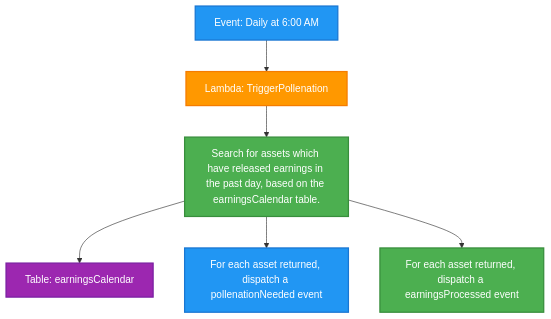
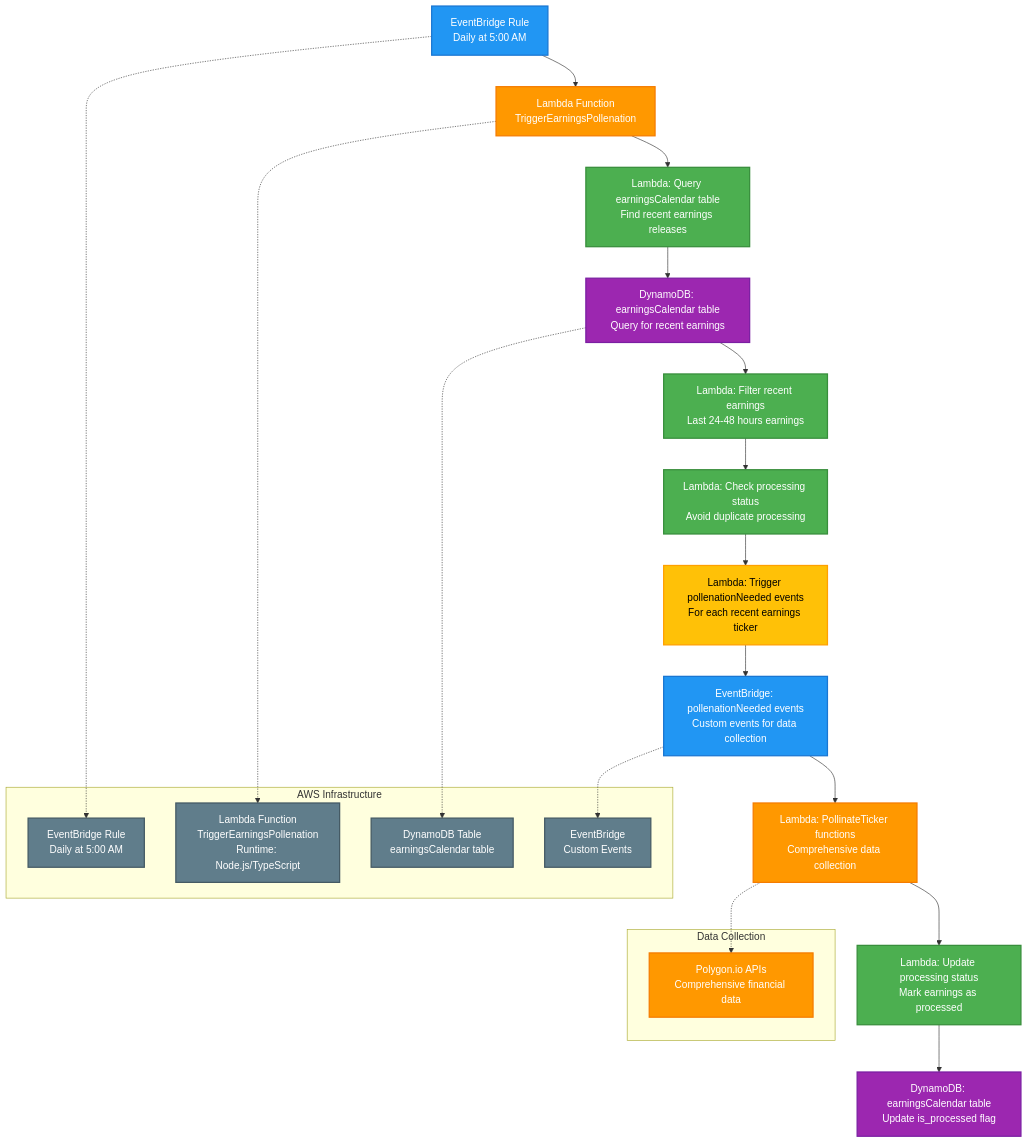
The diagram in ai/brainstorm/diagrams/crons/DailyTriggerEarningsPollenation.md (alto9/signal9-advisor), drawn with Mermaid before and after one commit. The commit also changed other lines of this file and 10 other files, not shown here.

````diff
--- a/ai/brainstorm/diagrams/crons/DailyTriggerEarningsPollenation.md
+++ b/ai/brainstorm/diagrams/crons/DailyTriggerEarningsPollenation.md
@@ -5,15 +5,50 @@
 ```mermaid
 flowchart TD
-    A[Event: Daily at 6:00 AM] --> B[Lambda: TriggerPollenation]
-    B --> C[Search for assets which have released earnings in the past day, based on the earningsCalendar table.]
-    C --> D[Table: earningsCalendar]
-    C --> E[For each asset returned, dispatch a pollenationNeeded event]
-    C --> F[For each asset returned, dispatch a earningsProcessed event]
+    A[EventBridge Rule<br/>Daily at 5:00 AM] --> B[Lambda Function<br/>TriggerEarningsPollenation]
+    B --> C[Lambda: Query earningsCalendar table<br/>Find recent earnings releases]
+    C --> D[DynamoDB: earningsCalendar table<br/>Query for recent earnings]
+    D --> E[Lambda: Filter recent earnings<br/>Last 24-48 hours earnings]
+    E --> F[Lambda: Check processing status<br/>Avoid duplicate processing]
+    F --> G[Lambda: Trigger pollenationNeeded events<br/>For each recent earnings ticker]
+    G --> H[EventBridge: pollenationNeeded events<br/>Custom events for data collection]
+    H --> I[Lambda: PollinateTicker functions<br/>Comprehensive data collection]
+    I --> J[Lambda: Update processing status<br/>Mark earnings as processed]
+    J --> K[DynamoDB: earningsCalendar table<br/>Update is_processed flag]
+    
+    %% AWS Resources
+    subgraph "AWS Infrastructure"
+        L[EventBridge Rule<br/>Daily at 5:00 AM]
+        M[Lambda Function<br/>TriggerEarningsPollenation<br/>Runtime: Node.js/TypeScript]
+        N[DynamoDB Table<br/>earningsCalendar table]
+        O[EventBridge<br/>Custom Events]
+    end
+    
+    %% External APIs
+    subgraph "Data Collection"
+        P[Polygon.io APIs<br/>Comprehensive financial data]
+    end
+    
+    %% Connections
+    A -.-> L
+    B -.-> M
+    D -.-> N
+    H -.-> O
+    I -.-> P
     
     style A fill:#2196F3,stroke:#1976D2,stroke-width:2px,color:#ffffff
     style B fill:#FF9800,stroke:#F57C00,stroke-width:2px,color:#ffffff
     style C fill:#4CAF50,stroke:#388E3C,stroke-width:2px,color:#ffffff
     style D fill:#9C27B0,stroke:#7B1FA2,stroke-width:2px,color:#ffffff
-    style E fill:#2196F3,stroke:#1976D2,stroke-width:2px,color:#ffffff
+    style E fill:#4CAF50,stroke:#388E3C,stroke-width:2px,color:#ffffff
     style F fill:#4CAF50,stroke:#388E3C,stroke-width:2px,color:#ffffff
+    style G fill:#FFC107,stroke:#FFA000,stroke-width:2px,color:#000000
+    style H fill:#2196F3,stroke:#1976D2,stroke-width:2px,color:#ffffff
+    style I fill:#FF9800,stroke:#F57C00,stroke-width:2px,color:#ffffff
+    style J fill:#4CAF50,stroke:#388E3C,stroke-width:2px,color:#ffffff
+    style K fill:#9C27B0,stroke:#7B1FA2,stroke-width:2px,color:#ffffff
+    style L fill:#607D8B,stroke:#455A64,stroke-width:2px,color:#ffffff
+    style M fill:#607D8B,stroke:#455A64,stroke-width:2px,color:#ffffff
+    style N fill:#607D8B,stroke:#455A64,stroke-width:2px,color:#ffffff
+    style O fill:#607D8B,stroke:#455A64,stroke-width:2px,color:#ffffff
+    style P fill:#FF9800,stroke:#F57C00,stroke-width:2px,color:#ffffff
 ```
````
